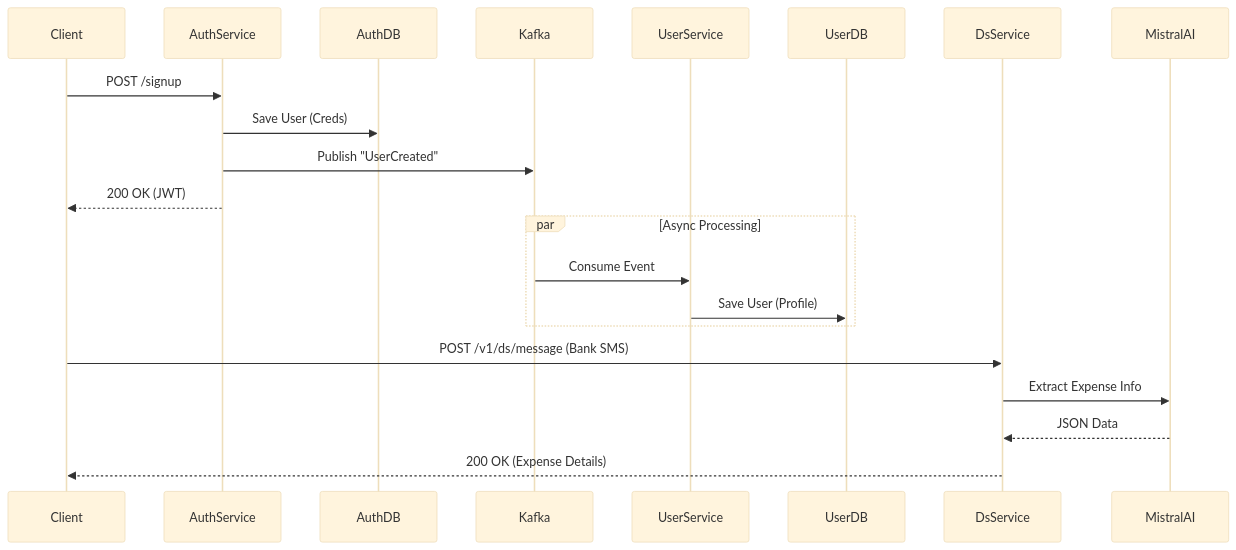
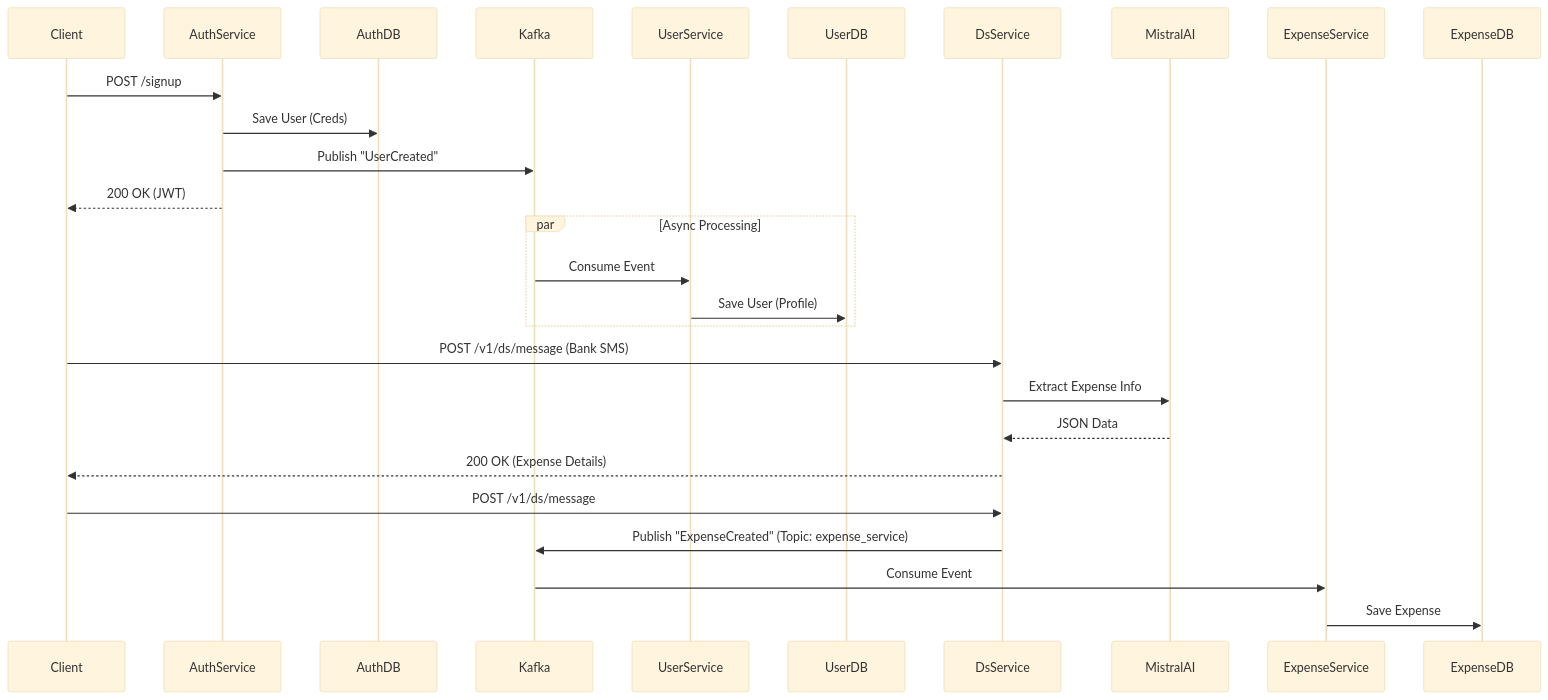
The diagram in README.md (Arnav05-cyber/Expense_Tracker), drawn with Mermaid (base theme) before and after one commit. The commit also changed other lines of this file, not shown here.

Commit message:
Docs: Update README with Expense Service and Local Setup details

````diff
--- a/README.md
+++ b/README.md
@@ -9,26 +9,31 @@
 ```mermaid
 sequenceDiagram
     participant Client
     participant AuthService
     participant AuthDB
     participant Kafka
     participant UserService
     participant UserDB
     participant DsService
     participant MistralAI
 
     Client->>AuthService: POST /signup
     AuthService->>AuthDB: Save User (Creds)
     AuthService->>Kafka: Publish "UserCreated"
     AuthService-->>Client: 200 OK (JWT)
 
     par Async Processing
         Kafka->>UserService: Consume Event
         UserService->>UserDB: Save User (Profile)
     end
 
     Client->>DsService: POST /v1/ds/message (Bank SMS)
     DsService->>MistralAI: Extract Expense Info
     MistralAI-->>DsService: JSON Data
     DsService-->>Client: 200 OK (Expense Details)
+
+    Client->>DsService: POST /v1/ds/message
+    DsService->>Kafka: Publish "ExpenseCreated" (Topic: expense_service)
+    Kafka->>ExpenseService: Consume Event
+    ExpenseService->>ExpenseDB: Save Expense
 ```
````
